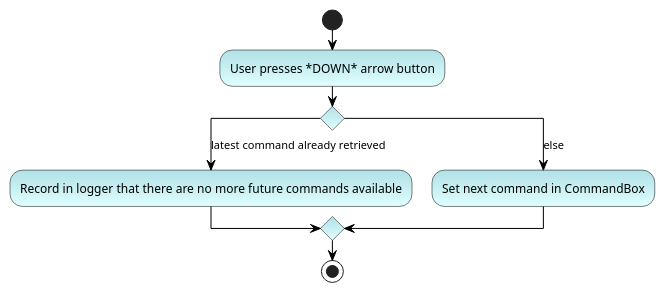
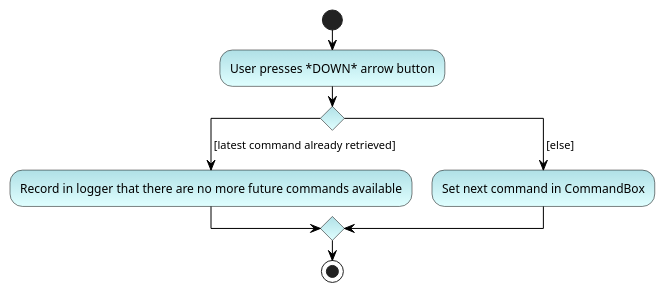
Before and after one commit to vigneshsankariyer1234567890/tp: the diagram in docs/diagrams/DownButtonActivityDiagram.puml, drawn with PlantUML. The commit also changed 8 other files, not shown here.

Commit message:
Edit Diagrams and add comments for integration test

```diff
--- a/docs/diagrams/DownButtonActivityDiagram.puml
+++ b/docs/diagrams/DownButtonActivityDiagram.puml
@@ -1,28 +1,28 @@
 @startuml
 
 skinparam ActivityBorderColor black
 skinparam ArrowColor black
 
 skinparam ActivityDiamondBorderColor black
 skinparam activityDiamondBackgroundColor pink-mistyrose
 
 skinparam activityBackgroundColor powderblue-lightcyan
 
 skinparam TitleFontColor grey
 
 start
 :User presses *DOWN* arrow button;
 
 'Since the beta syntax does not support placing the condition outside the
 'diamond we place it as the true branch instead.
 
 switch ()
-case (latest command already retrieved)
+case ( [latest command already retrieved])
     :Record in logger that there are no more future commands available;
 
-case (else)
+case ( [else])
     :Set next command in CommandBox;
 
 endswitch
 stop
 @enduml
```
